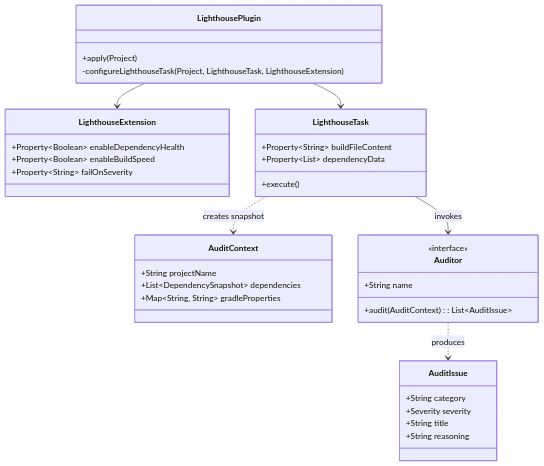
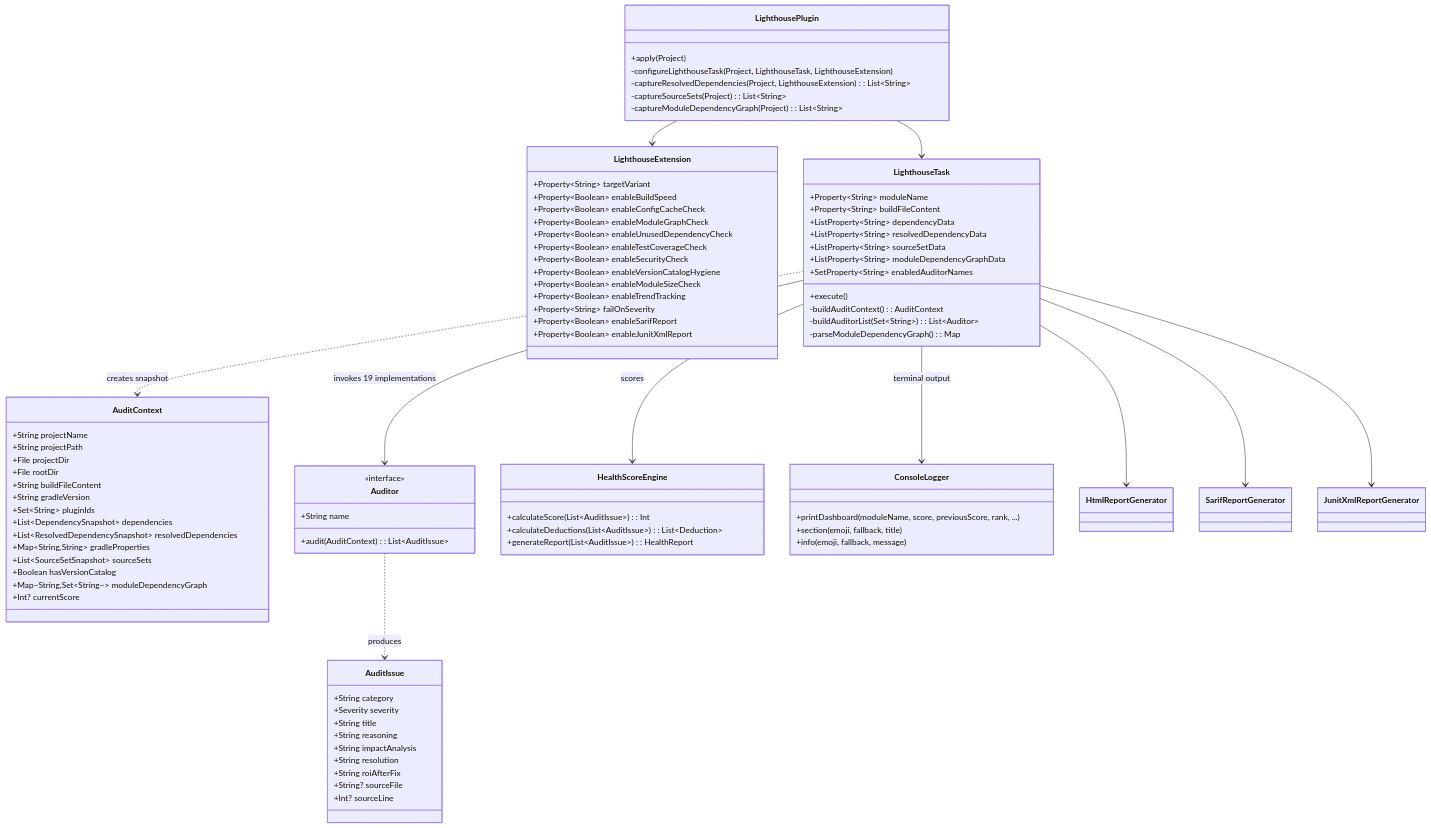
The diagram in docs/LLD.md (dev-vikas-soni/gradle-lighthouse), drawn with Mermaid before and after one commit. The commit also changed other lines of this file and 39 other files, not shown here.

````diff
--- a/docs/LLD.md
+++ b/docs/LLD.md
@@ -9,24 +9,56 @@
     class LighthousePlugin {
         +apply(Project)
         -configureLighthouseTask(Project, LighthouseTask, LighthouseExtension)
+        -captureResolvedDependencies(Project, LighthouseExtension): List~String~
+        -captureSourceSets(Project): List~String~
+        -captureModuleDependencyGraph(Project): List~String~
     }
 
     class LighthouseExtension {
-        +Property~Boolean~ enableDependencyHealth
+        +Property~String~ targetVariant
         +Property~Boolean~ enableBuildSpeed
+        +Property~Boolean~ enableConfigCacheCheck
+        +Property~Boolean~ enableModuleGraphCheck
+        +Property~Boolean~ enableUnusedDependencyCheck
+        +Property~Boolean~ enableTestCoverageCheck
+        +Property~Boolean~ enableSecurityCheck
+        +Property~Boolean~ enableVersionCatalogHygiene
+        +Property~Boolean~ enableModuleSizeCheck
+        +Property~Boolean~ enableTrendTracking
         +Property~String~ failOnSeverity
+        +Property~Boolean~ enableSarifReport
+        +Property~Boolean~ enableJunitXmlReport
     }
 
     class LighthouseTask {
+        +Property~String~ moduleName
         +Property~String~ buildFileContent
-        +Property~List~ dependencyData
+        +ListProperty~String~ dependencyData
+        +ListProperty~String~ resolvedDependencyData
+        +ListProperty~String~ sourceSetData
+        +ListProperty~String~ moduleDependencyGraphData
+        +SetProperty~String~ enabledAuditorNames
         +execute()
+        -buildAuditContext(): AuditContext
+        -buildAuditorList(Set~String~): List~Auditor~
+        -parseModuleDependencyGraph(): Map
     }
 
     class AuditContext {
         +String projectName
+        +String projectPath
+        +File projectDir
+        +File rootDir
+        +String buildFileContent
+        +String gradleVersion
+        +Set~String~ pluginIds
         +List~DependencySnapshot~ dependencies
-        +Map~String, String~ gradleProperties
+        +List~ResolvedDependencySnapshot~ resolvedDependencies
+        +Map~String,String~ gradleProperties
+        +List~SourceSetSnapshot~ sourceSets
+        +Boolean hasVersionCatalog
+        +Map~String,Set~String~~ moduleDependencyGraph
+        +Int? currentScore
     }
 
     class Auditor {
@@ -40,11 +72,33 @@
         +Severity severity
         +String title
         +String reasoning
+        +String impactAnalysis
+        +String resolution
+        +String roiAfterFix
+        +String? sourceFile
+        +Int? sourceLine
+    }
+
+    class HealthScoreEngine {
+        +calculateScore(List~AuditIssue~): Int
+        +calculateDeductions(List~AuditIssue~): List~Deduction~
+        +generateReport(List~AuditIssue~): HealthReport
+    }
+
+    class ConsoleLogger {
+        +printDashboard(moduleName, score, previousScore, rank, ...)
+        +section(emoji, fallback, title)
+        +info(emoji, fallback, message)
     }
 
     LighthousePlugin --> LighthouseExtension
     LighthousePlugin --> LighthouseTask
     LighthouseTask ..> AuditContext : creates snapshot
-    LighthouseTask --> Auditor : invokes
+    LighthouseTask --> Auditor : invokes 19 implementations
     Auditor ..> AuditIssue : produces
+    LighthouseTask --> HealthScoreEngine : scores
+    LighthouseTask --> ConsoleLogger : terminal output
+    LighthouseTask --> HtmlReportGenerator
+    LighthouseTask --> SarifReportGenerator
+    LighthouseTask --> JunitXmlReportGenerator
 ```
````
